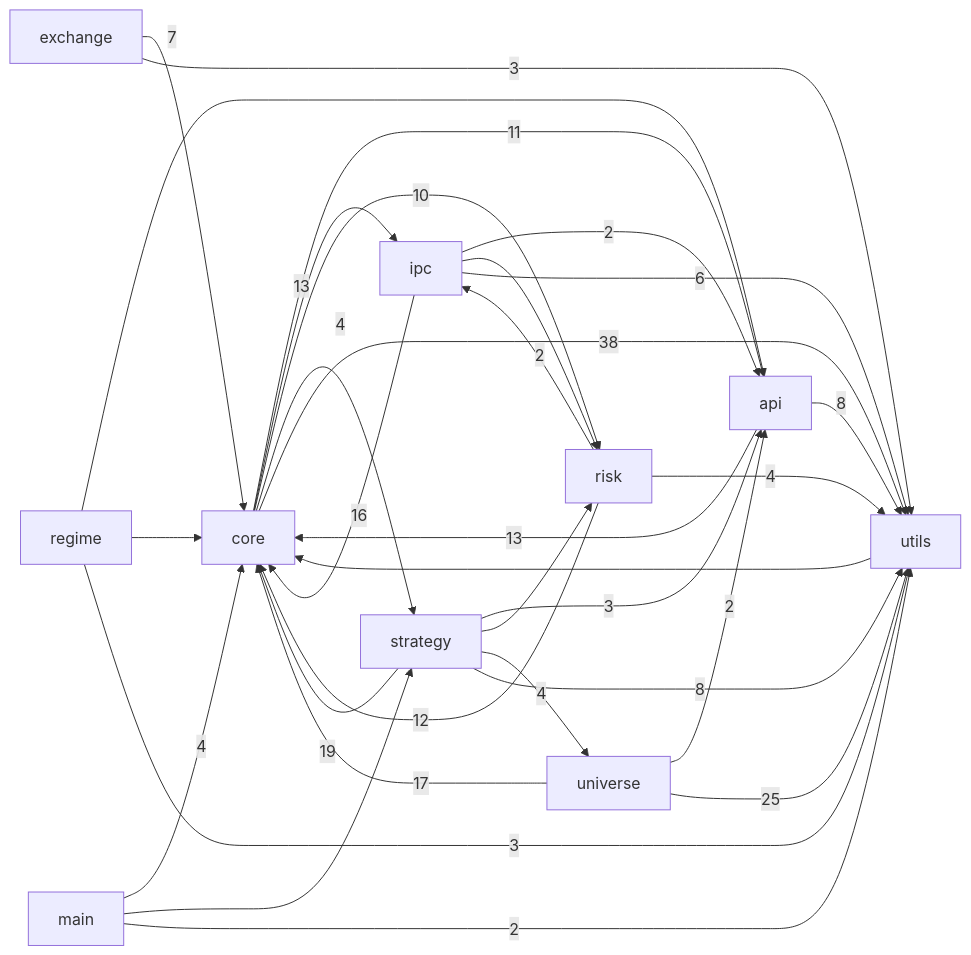
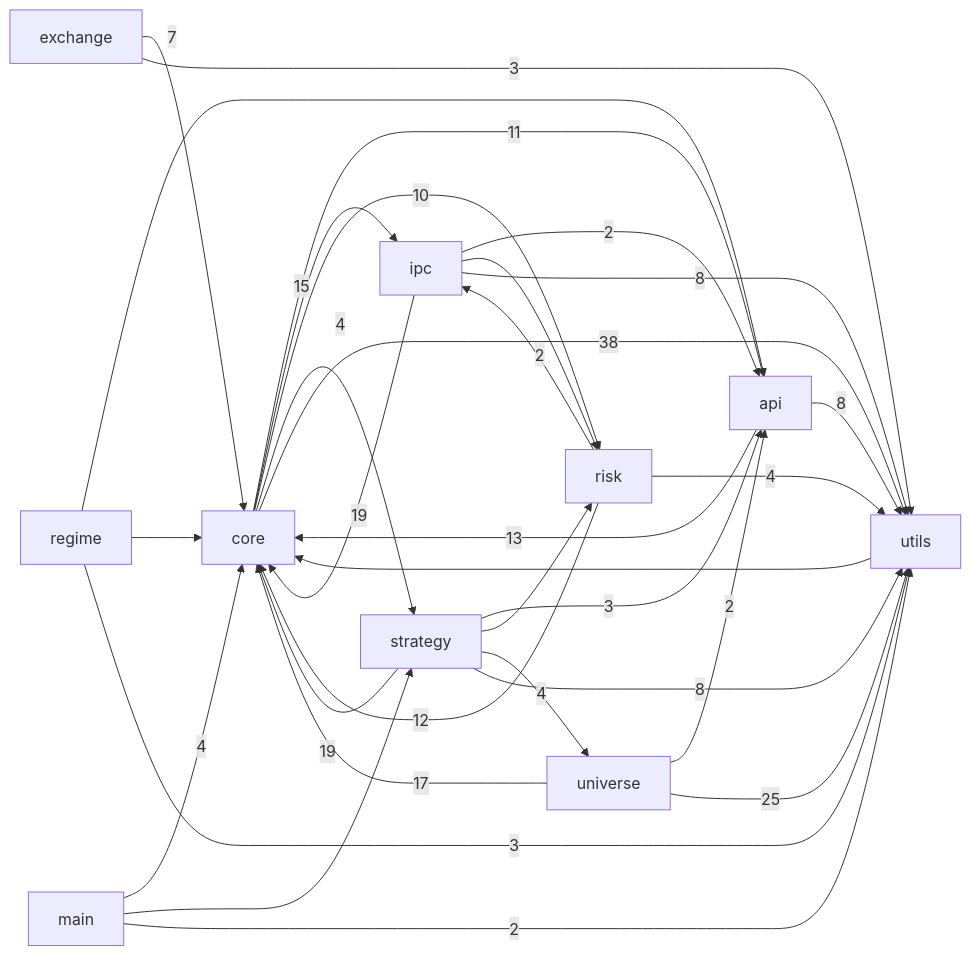
One commit to pypy8171/Quant changed the first of 3 diagrams in docs/CODE_GRAPH.md. Above: the diagram before and after it, drawn with Mermaid. The commit also changed other lines of this file and 21 other files, not shown here.

````diff
--- a/docs/CODE_GRAPH.md
+++ b/docs/CODE_GRAPH.md
@@ -10,44 +10,44 @@
 ```mermaid
 graph LR
   main[main]
   core[core]
   strategy[strategy]
   api[api]
   universe[universe]
   risk[risk]
   ipc[ipc]
   utils[utils]
   exchange[exchange]
   regime[regime]
   api -->|13| core
   api -->|8| utils
   core -->|11| api
-  core -->|13| ipc
+  core -->|15| ipc
   core -->|10| risk
   core -->|4| strategy
   core -->|38| utils
   exchange -->|7| core
   exchange -->|3| utils
   ipc -->|2| api
-  ipc -->|16| core
+  ipc -->|19| core
   ipc --> risk
-  ipc -->|6| utils
+  ipc -->|8| utils
   main -->|4| core
   main --> strategy
   main -->|2| utils
   regime --> api
   regime --> core
   regime -->|3| utils
   risk -->|12| core
   risk -->|2| ipc
   risk -->|4| utils
   strategy -->|3| api
   strategy -->|19| core
   strategy --> risk
   strategy -->|4| universe
   strategy -->|8| utils
   universe -->|2| api
   universe -->|17| core
   universe -->|25| utils
   utils --> core
 ```
````
